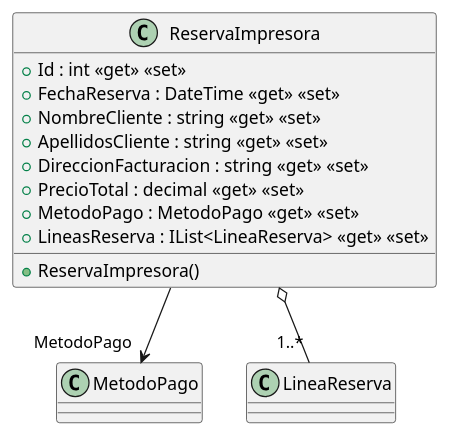
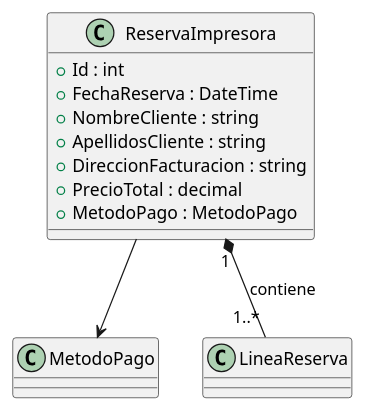
One commit to ISIIA2627DAKOI9SE/ISIIA2627DAKOI9SE changed the diagram in src/AppForSEII.API/ClassDiagram/ReservaImpresora.puml. Above: the diagram before and after it, drawn with PlantUML. The commit also changed 5 other files, not shown here.

Commit message:
fix(classDiagram):Se han corregido relaciones y cardinalidades del UC Reservar Impresoras 3D

```diff
--- a/src/AppForSEII.API/ClassDiagram/ReservaImpresora.puml
+++ b/src/AppForSEII.API/ClassDiagram/ReservaImpresora.puml
@@ -1,18 +1,17 @@
 @startuml
 
 class ReservaImpresora {
-    + ReservaImpresora()
-    + Id : int <<get>> <<set>>
-    + FechaReserva : DateTime <<get>> <<set>>
-    + NombreCliente : string <<get>> <<set>>
-    + ApellidosCliente : string <<get>> <<set>>
-    + DireccionFacturacion : string <<get>> <<set>>
-    + PrecioTotal : decimal <<get>> <<set>>
-    + MetodoPago : MetodoPago <<get>> <<set>>
-    + LineasReserva : IList<LineaReserva> <<get>> <<set>>
+    + Id : int
+    + FechaReserva : DateTime
+    + NombreCliente : string
+    + ApellidosCliente : string
+    + DireccionFacturacion : string
+    + PrecioTotal : decimal
+    + MetodoPago : MetodoPago
 }
 
-ReservaImpresora --> "MetodoPago" MetodoPago
-ReservaImpresora o-- "1..*" LineaReserva
+ReservaImpresora --> MetodoPago
+
+ReservaImpresora "1" *-- "1..*" LineaReserva : contiene
 
 @enduml
```
